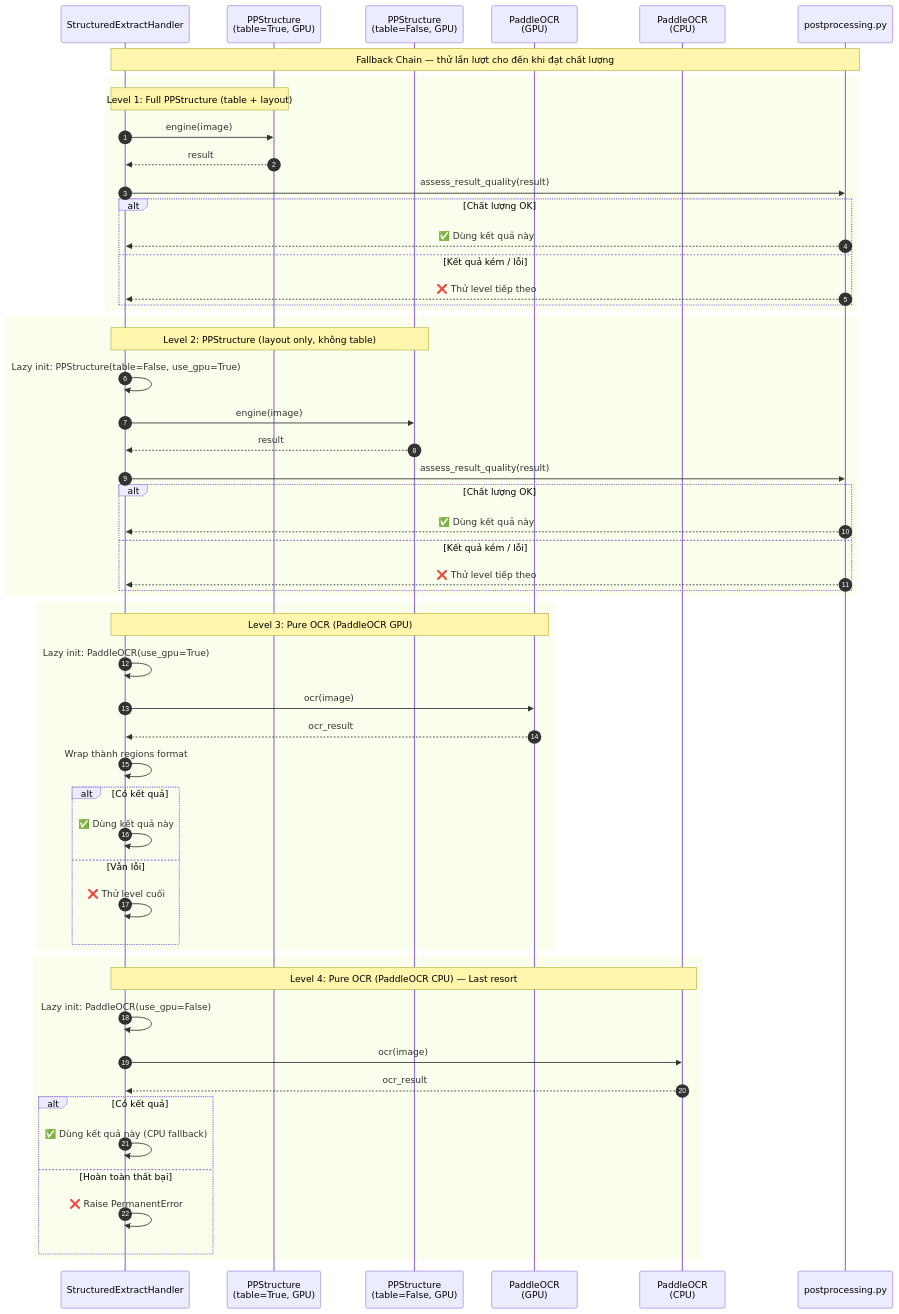
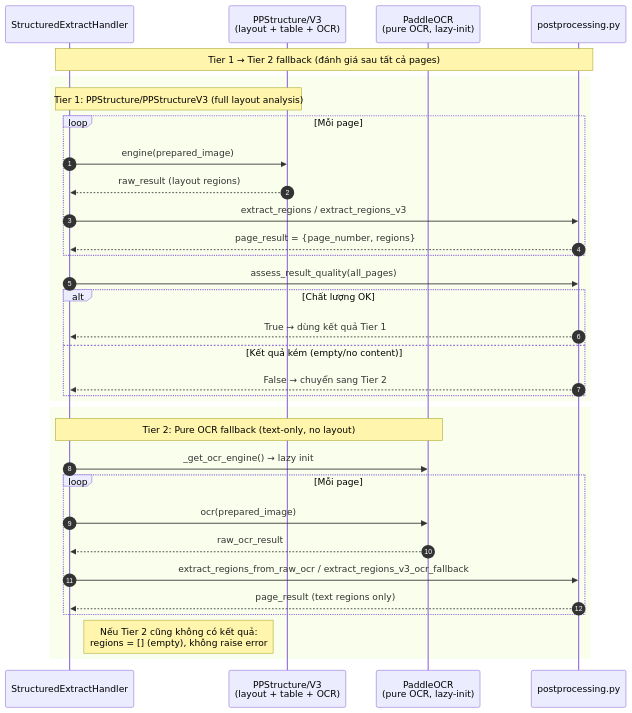
One commit to decavow/OCR changed the second of 3 diagrams in 03_worker/app/engines/paddle_vl/SEQUENCE_DIAGRAM.md. Above: the diagram before and after it, drawn with Mermaid. The commit also changed other lines of this file and 55 other files, not shown here.

````diff
--- a/03_worker/app/engines/paddle_vl/SEQUENCE_DIAGRAM.md
+++ b/03_worker/app/engines/paddle_vl/SEQUENCE_DIAGRAM.md
@@ -129,63 +178,40 @@
 ```mermaid
 %%{init: {'theme': 'default'}}%%
 sequenceDiagram
     autonumber
     participant Handler as StructuredExtractHandler
-    participant Engine1 as PPStructure<br/>(table=True, GPU)
-    participant Engine2 as PPStructure<br/>(table=False, GPU)
-    participant Engine3 as PaddleOCR<br/>(GPU)
-    participant Engine4 as PaddleOCR<br/>(CPU)
+    participant Engine1 as PPStructure/V3<br/>(layout + table + OCR)
+    participant Engine2 as PaddleOCR<br/>(pure OCR, lazy-init)
     participant Post as postprocessing.py
 
-    Note over Handler,Post: Fallback Chain — thử lần lượt cho đến khi đạt chất lượng
+    Note over Handler,Post: Tier 1 → Tier 2 fallback (đánh giá sau tất cả pages)
 
     rect
-        Note over Handler,Engine1: Level 1: Full PPStructure (table + layout)
-        Handler->>Engine1: engine(image)
-        Engine1-->>Handler: result
-        Handler->>Post: assess_result_quality(result)
+        Note over Handler,Engine1: Tier 1: PPStructure/PPStructureV3 (full layout analysis)
+        loop Mỗi page
+            Handler->>Engine1: engine(prepared_image)
+            Engine1-->>Handler: raw_result (layout regions)
+            Handler->>Post: extract_regions / extract_regions_v3
+            Post-->>Handler: page_result = {page_number, regions}
+        end
+
+        Handler->>Post: assess_result_quality(all_pages)
         alt Chất lượng OK
-            Post-->>Handler: ✅ Dùng kết quả này
-        else Kết quả kém / lỗi
-            Post-->>Handler: ❌ Thử level tiếp theo
+            Post-->>Handler: True → dùng kết quả Tier 1
+        else Kết quả kém (empty/no content)
+            Post-->>Handler: False → chuyển sang Tier 2
         end
     end
 
     rect
-        Note over Handler,Engine2: Level 2: PPStructure (layout only, không table)
-        Handler->>Handler: Lazy init: PPStructure(table=False, use_gpu=True)
-        Handler->>Engine2: engine(image)
-        Engine2-->>Handler: result
-        Handler->>Post: assess_result_quality(result)
-        alt Chất lượng OK
-            Post-->>Handler: ✅ Dùng kết quả này
-        else Kết quả kém / lỗi
-            Post-->>Handler: ❌ Thử level tiếp theo
+        Note over Handler,Engine2: Tier 2: Pure OCR fallback (text-only, no layout)
+        Handler->>Engine2: _get_ocr_engine() → lazy init
+        loop Mỗi page
+            Handler->>Engine2: ocr(prepared_image)
+            Engine2-->>Handler: raw_ocr_result
+            Handler->>Post: extract_regions_from_raw_ocr / extract_regions_v3_ocr_fallback
+            Post-->>Handler: page_result (text regions only)
         end
-    end
-
-    rect
-        Note over Handler,Engine3: Level 3: Pure OCR (PaddleOCR GPU)
-        Handler->>Handler: Lazy init: PaddleOCR(use_gpu=True)
-        Handler->>Engine3: ocr(image)
-        Engine3-->>Handler: ocr_result
-        Handler->>Handler: Wrap thành regions format
-        alt Có kết quả
-            Handler->>Handler: ✅ Dùng kết quả này
-        else Vẫn lỗi
-            Handler->>Handler: ❌ Thử level cuối
-        end
-    end
-
-    rect
-        Note over Handler,Engine4: Level 4: Pure OCR (PaddleOCR CPU) — Last resort
-        Handler->>Handler: Lazy init: PaddleOCR(use_gpu=False)
-        Handler->>Engine4: ocr(image)
-        Engine4-->>Handler: ocr_result
-        alt Có kết quả
-            Handler->>Handler: ✅ Dùng kết quả này (CPU fallback)
-        else Hoàn toàn thất bại
-            Handler->>Handler: ❌ Raise PermanentError
-        end
+        Note right of Handler: Nếu Tier 2 cũng không có kết quả:<br/>regions = [] (empty), không raise error
     end
 ```
````
